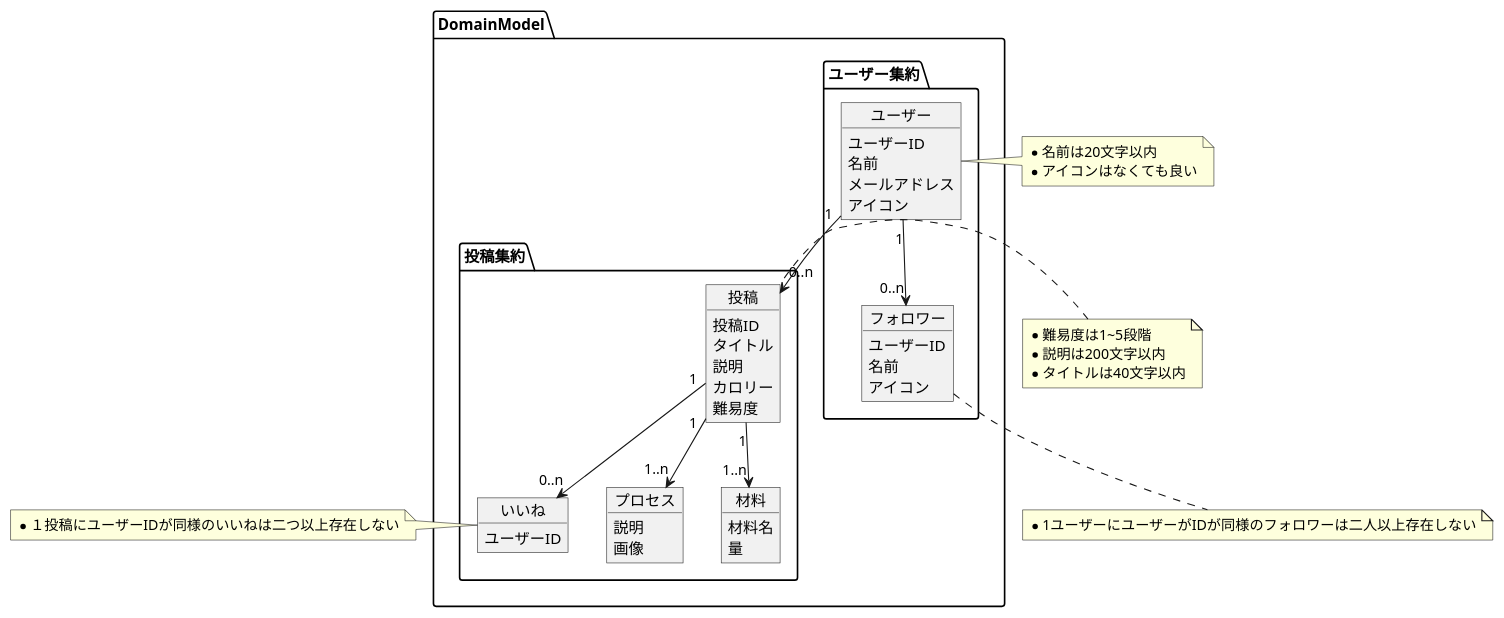
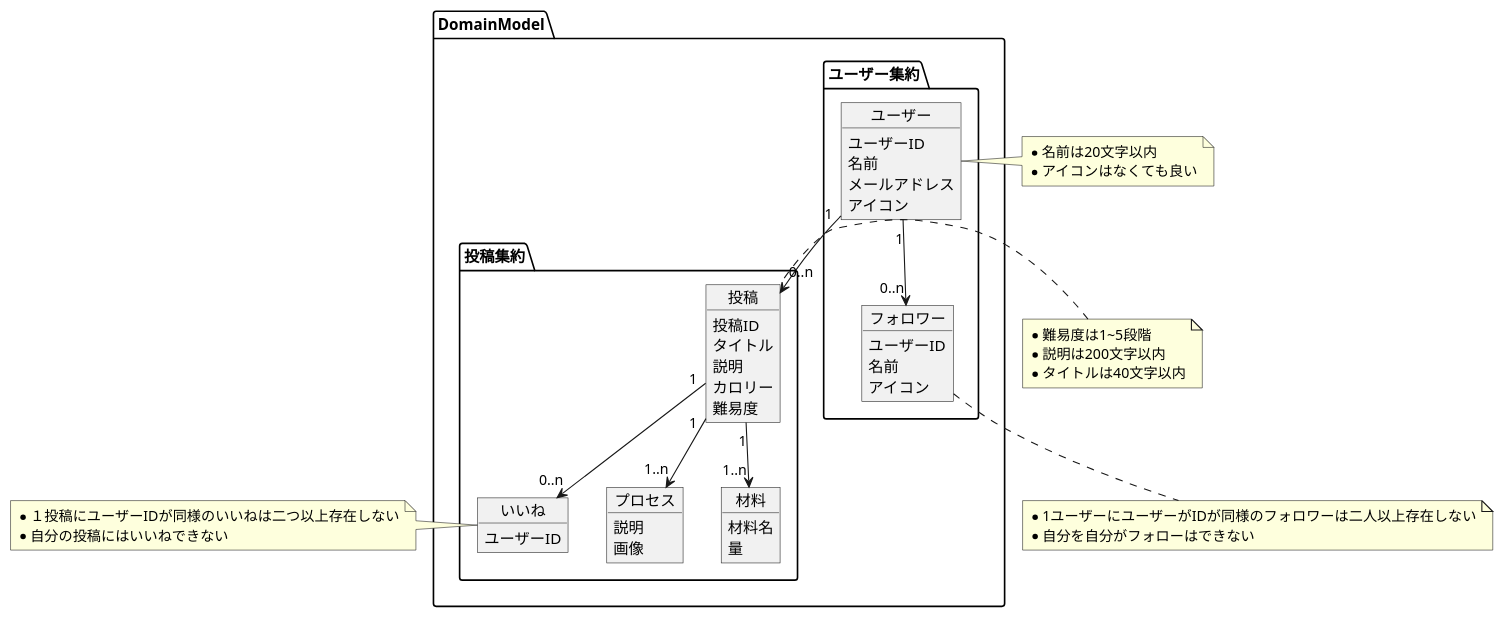
One commit to unkly/recipeaceful changed the diagram in docs/modeling.pu. Above: the diagram before and after it, drawn with PlantUML. The commit also changed 31 other files, not shown here.

```diff
--- a/docs/modeling.pu
+++ b/docs/modeling.pu
@@ -1,63 +1,65 @@
 @startuml
 	package DomainModel {
 		package ユーザー集約 {
 			object ユーザー {
 				ユーザーID
 				名前
 				メールアドレス
 				アイコン
 			}
 			object フォロワー {
 				ユーザーID
 				名前
 				アイコン
 			}
 		}
 
 		package 投稿集約 {
 			object 投稿 {
 				投稿ID
 				タイトル
 				説明
 				カロリー
 				難易度
 			}
 			object いいね {
 				ユーザーID
 			}
 			object プロセス {
 				説明
 				画像
 			}
 			object 材料 {
 				材料名
 				量
 			}
 		}
 	}
 
 	note left of いいね
 		* １投稿にユーザーIDが同様のいいねは二つ以上存在しない
+		* 自分の投稿にはいいねできない
 	end note
 
 	note left of 投稿
 		* 難易度は1~5段階
 		* 説明は200文字以内
 		* タイトルは40文字以内
 	end note
 
 	note bottom of フォロワー
 		* 1ユーザーにユーザーがIDが同様のフォロワーは二人以上存在しない
+		* 自分を自分がフォローはできない
 	end note
 
 	note right of ユーザー
 		* 名前は20文字以内
 		* アイコンはなくても良い
 	end note
 
 	ユーザー "1" --> "0..n" フォロワー
 	ユーザー "1" --> "0..n" 投稿
 	投稿 "1" --> "0..n" いいね
 	投稿 "1" --> "1..n" 材料
 	投稿 "1" --> "1..n" プロセス
 @enduml
```
